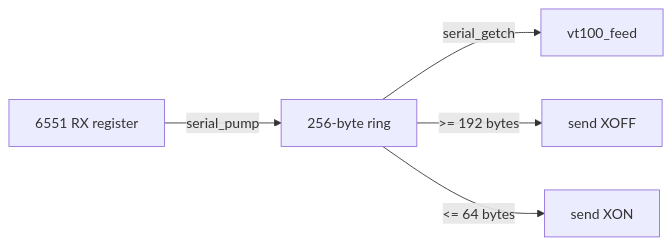
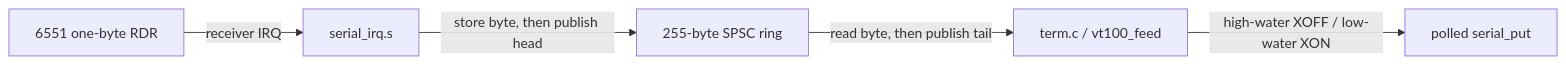
Before and after one commit to tomdriley/apple2e-projects: the diagram in vt100-term-c/docs/SERIAL.md, drawn with Mermaid. The commit also changed other lines of this file and 11 other files, not shown here.

````diff
--- a/vt100-term-c/docs/SERIAL.md
+++ b/vt100-term-c/docs/SERIAL.md
@@ -52,7 +51,7 @@
 ```mermaid
 flowchart LR
-    ACIA[6551 RX register] -->|serial_pump| RING[256-byte ring]
-    RING -->|serial_getch| PARSER[vt100_feed]
-    RING -->|>= 192 bytes| XOFF[send XOFF]
-    RING -->|<= 64 bytes| XON[send XON]
+    ACIA[6551 one-byte RDR] -->|receiver IRQ| ISR[serial_irq.s]
+    ISR -->|store byte, then publish head| RING[255-byte SPSC ring]
+    RING -->|read byte, then publish tail| MAIN[term.c / vt100_feed]
+    MAIN -->|high-water XOFF / low-water XON| TX[polled serial_put]
 ```
````
